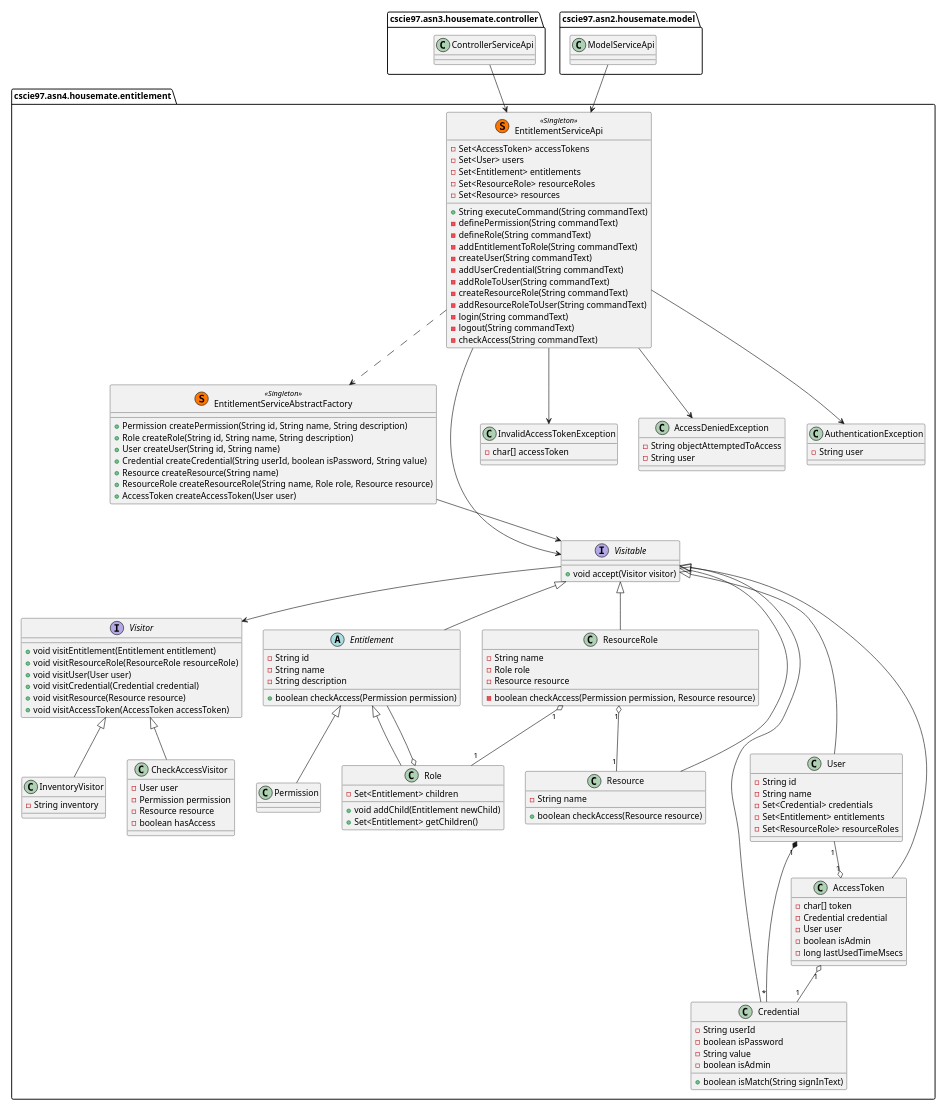
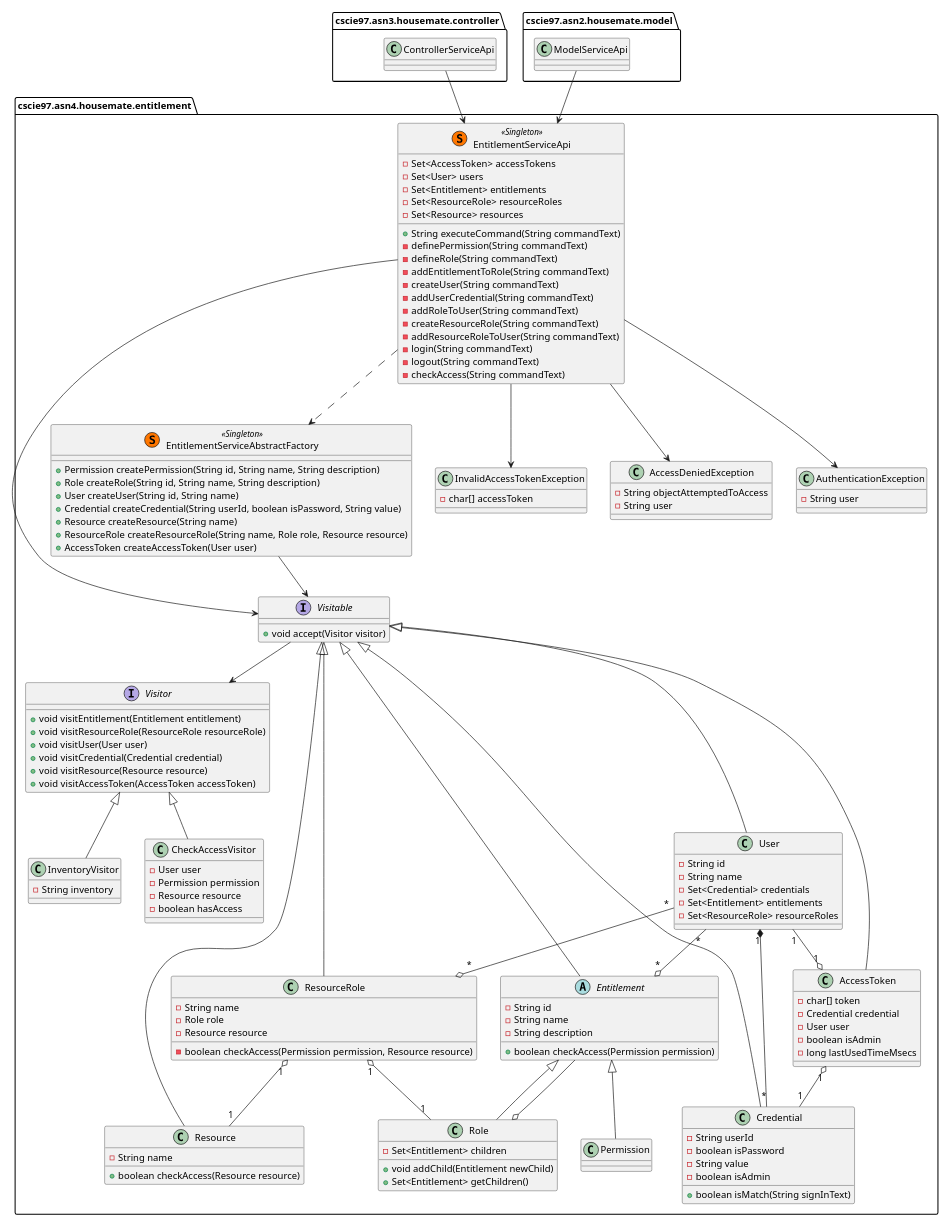
Before and after one commit to erikorlowski/cscie97: the second of 2 diagrams in cscie97/asn4/Design.md, drawn with PlantUML. The commit also changed other lines of this file, not shown here.

Commit message:
Adding explanation to class diagram.

```diff
--- a/cscie97/asn4/Design.md
+++ b/cscie97/asn4/Design.md
@@ -464,6 +464,8 @@
     User "1" *-- "*" Credential
     User "1" --o "1" AccessToken
     AccessToken "1" o-- "1" Credential
+    User "*" --o "*" Entitlement
+    User "*" --o "*" ResourceRole
 
 
     class InvalidAccessTokenException {
```
